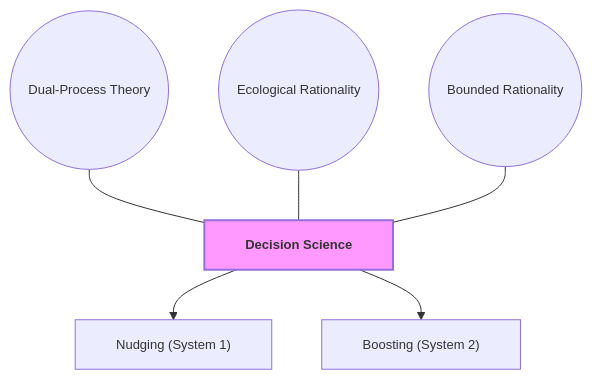
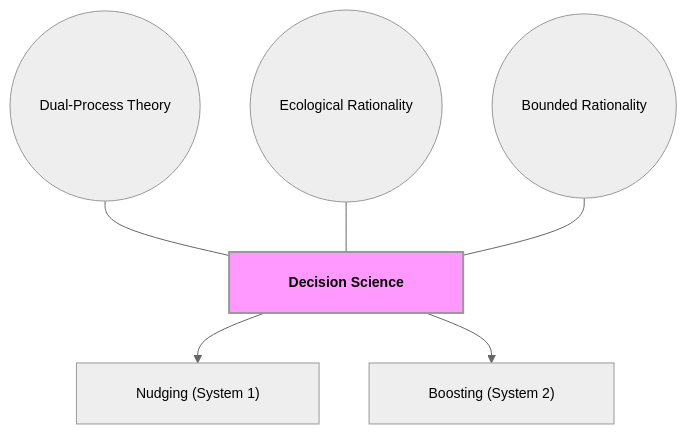
One commit to GM024/CourseSummaries changed the fourth of 7 diagrams in Communication_Influence/Mastery_Guide_SOW_BS033.md. Above: the diagram before and after it, drawn with Mermaid. The commit also changed other lines of this file, not shown here.

Commit message:
Final GitHub-Bulletproof Encyclopedia: Fixed alignment, 14px native font, and 150w+ APA Figure descriptions

````diff
--- a/Communication_Influence/Mastery_Guide_SOW_BS033.md
+++ b/Communication_Influence/Mastery_Guide_SOW_BS033.md
@@ -186,14 +156,14 @@
 ```mermaid
-%%{init: { 'flowchart': { 'padding': 15, 'nodeSpacing': 50, 'rankSpacing': 50, 'curve': 'basis' }, 'themeVariables': { 'fontSize': '13px' }}}%%
+%%{init: { 'flowchart': { 'padding': 20, 'nodeSpacing': 50, 'rankSpacing': 50, 'useMaxWidth': false }, 'theme': 'neutral', 'themeVariables': { 'fontSize': '14px' }}}%%
 graph TD
-    Hub["&nbsp;&nbsp; Decision Science &nbsp;&nbsp;"]:::hubNode
+    Hub["&nbsp;&nbsp;&nbsp;&nbsp; Decision Science &nbsp;&nbsp;&nbsp;&nbsp;"]:::hubNode
     
-    S1(("&nbsp;&nbsp; Dual-Process Theory &nbsp;&nbsp;")) --- Hub
-    S2(("&nbsp;&nbsp; Ecological Rationality &nbsp;&nbsp;")) --- Hub
-    S3(("&nbsp;&nbsp; Bounded Rationality &nbsp;&nbsp;")) --- Hub
+    S1(("&nbsp;&nbsp;&nbsp;&nbsp; Dual-Process Theory &nbsp;&nbsp;&nbsp;&nbsp;")) --- Hub
+    S2(("&nbsp;&nbsp;&nbsp;&nbsp; Ecological Rationality &nbsp;&nbsp;&nbsp;&nbsp;")) --- Hub
+    S3(("&nbsp;&nbsp;&nbsp;&nbsp; Bounded Rationality &nbsp;&nbsp;&nbsp;&nbsp;")) --- Hub
     
-    Hub --> B1["&nbsp;&nbsp; Nudging (System 1) &nbsp;&nbsp;"]
-    Hub --> B2["&nbsp;&nbsp; Boosting (System 2) &nbsp;&nbsp;"]
+    Hub --> B1["&nbsp;&nbsp;&nbsp;&nbsp; Nudging (System 1) &nbsp;&nbsp;&nbsp;&nbsp;"]
+    Hub --> B2["&nbsp;&nbsp;&nbsp;&nbsp; Boosting (System 2) &nbsp;&nbsp;&nbsp;&nbsp;"]
     
     classDef hubNode font-weight:bold,stroke-width:2px,fill:#f9f;
 ```
````
